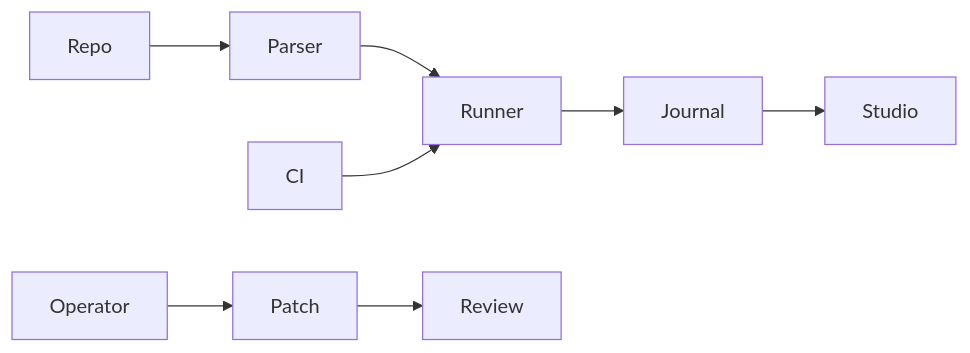
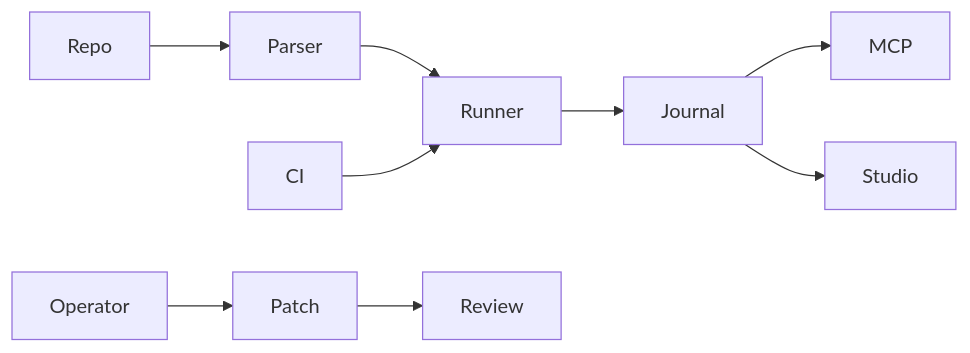
Before and after one commit to CloudOpsMaster/pipeforge: the diagram in docs/pipeforge-threat-model.md, drawn with Mermaid. The commit also changed other lines of this file and 14 other files, not shown here.

````diff
--- a/docs/pipeforge-threat-model.md
+++ b/docs/pipeforge-threat-model.md
@@ -27,10 +28,11 @@
 ```mermaid
 flowchart LR
   Repo --> Parser
   Parser --> Runner
   CI --> Runner
   Runner --> Journal
+  Journal --> MCP
   Journal --> Studio
   Operator --> Patch
   Patch --> Review
 ```
````
